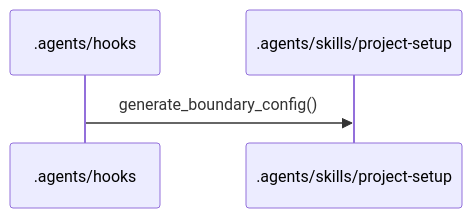
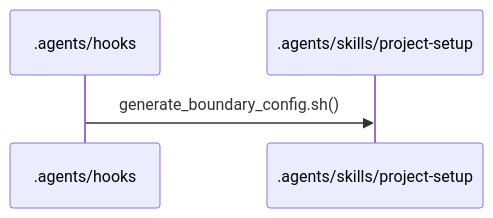
The first of 15 diagrams in .workflow/cache/flows.md (TajVirani/llm-scaffold-claude), drawn with Mermaid before and after one commit. The commit also changed other lines of this file and 2 other files, not shown here.

````diff
--- a/.workflow/cache/flows.md
+++ b/.workflow/cache/flows.md
@@ -58,6 +31,6 @@
 ```mermaid
 sequenceDiagram
   participant _agents_hooks as .agents/hooks
   participant _agents_skills_project_setup as .agents/skills/project-setup
-  _agents_hooks->>_agents_skills_project_setup: generate_boundary_config()
+  _agents_hooks->>_agents_skills_project_setup: generate_boundary_config.sh()
 ```
````
